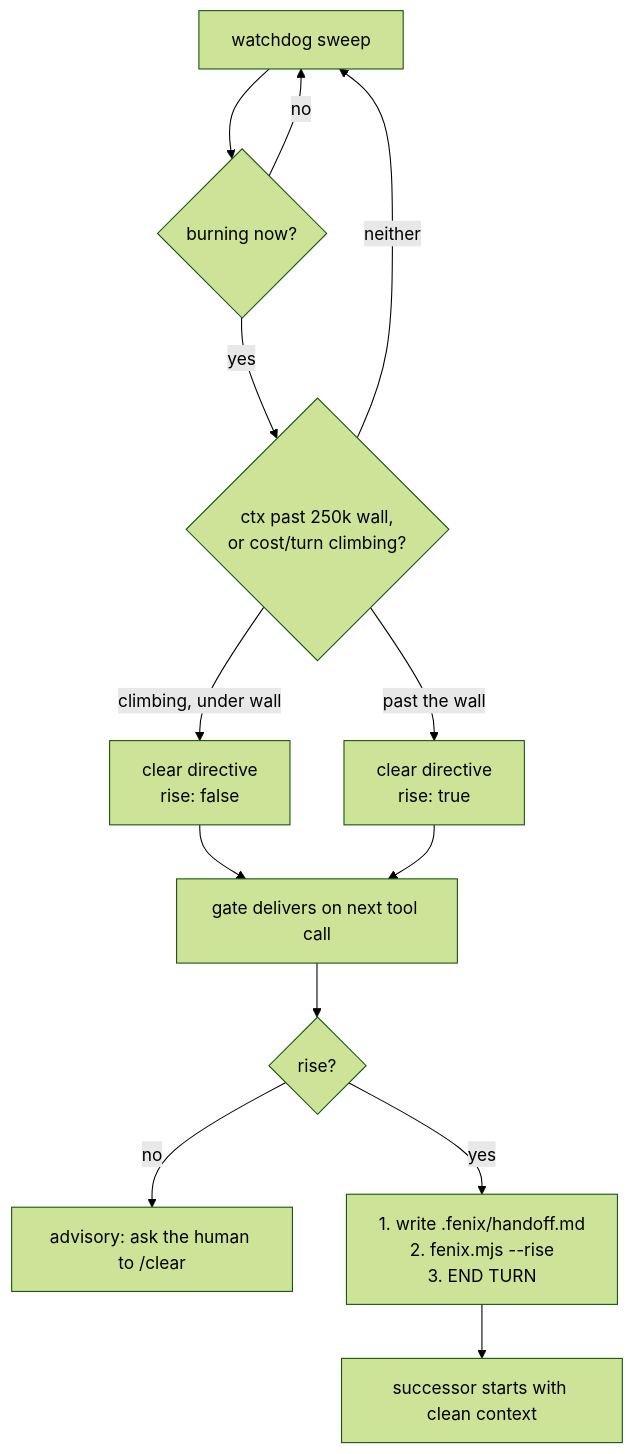
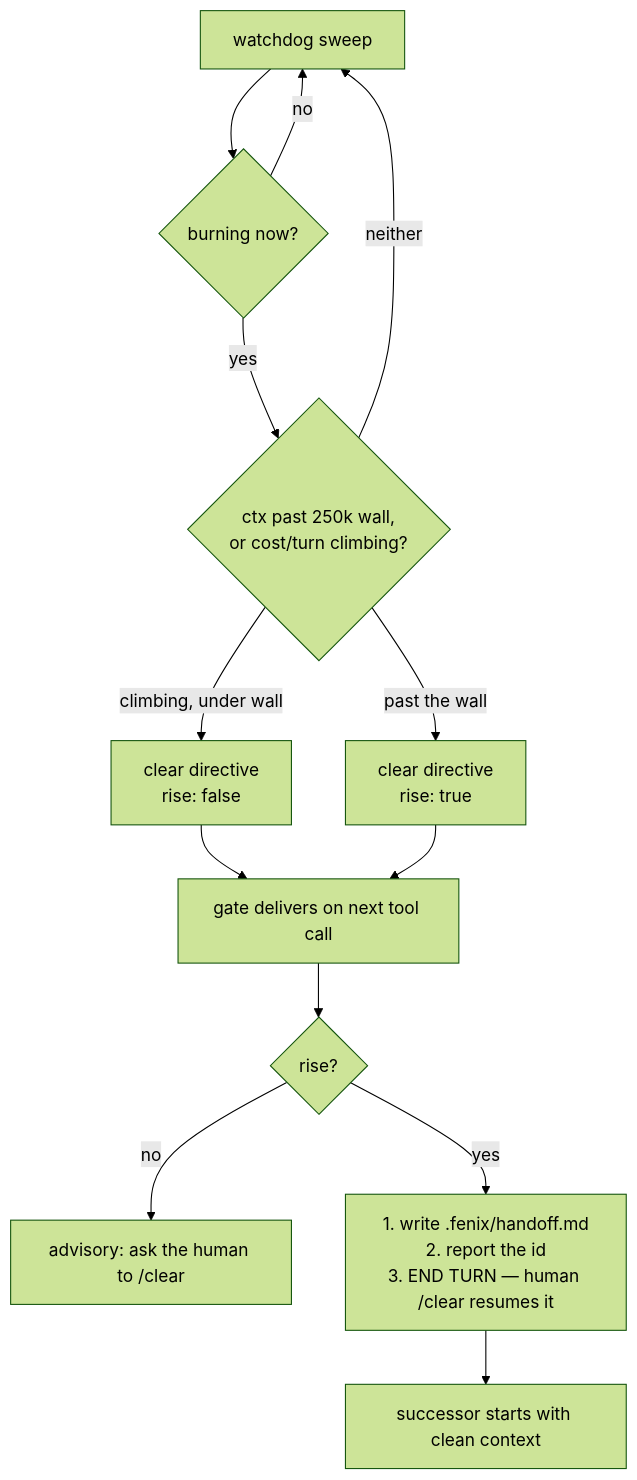
The diagram in docs/SESSION-MANAGEMENT.md (The-Good-Project-Team/Maxx), drawn with Mermaid (forest theme) before and after one commit. The commit also changed other lines of this file and 6 other files, not shown here.

First line of the commit message:
feat(fenix): remove the rise chain; make handoff lookup global

````diff
--- a/docs/SESSION-MANAGEMENT.md
+++ b/docs/SESSION-MANAGEMENT.md
@@ -107,15 +107,15 @@
 ```mermaid
 flowchart TD
   A[watchdog sweep] --> B{burning now?}
   B -- no --> A
   B -- yes --> C{ctx past 250k wall,<br/>or cost/turn climbing?}
   C -- neither --> A
   C -- climbing, under wall --> D["clear directive<br/>rise: false"]
   C -- past the wall --> E["clear directive<br/>rise: true"]
   D --> F[gate delivers on next tool call]
   E --> F
   F --> G{rise?}
   G -- no --> H[advisory: ask the human to /clear]
-  G -- yes --> I["1. write .fenix/handoff.md<br/>2. fenix.mjs --rise<br/>3. END TURN"]
+  G -- yes --> I["1. write .fenix/handoff.md<br/>2. report the id<br/>3. END TURN — human /clear resumes it"]
   I --> J[successor starts with clean context]
 ```
````
